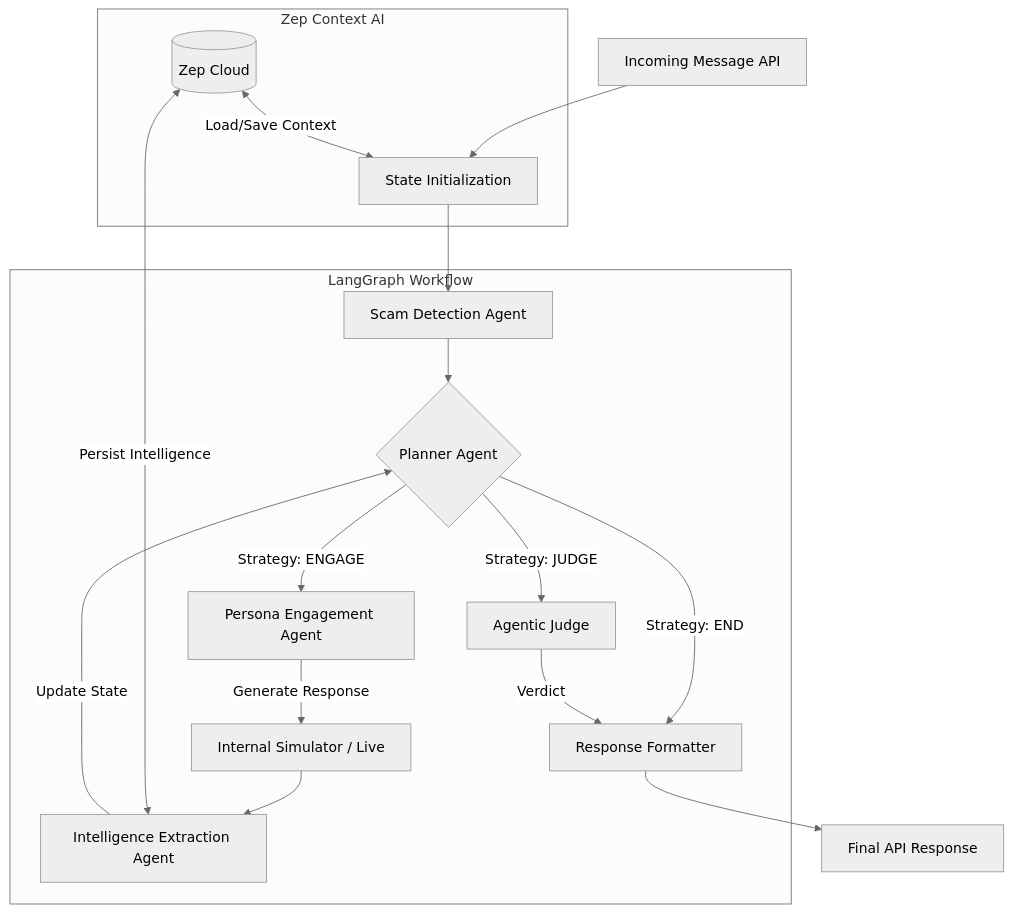
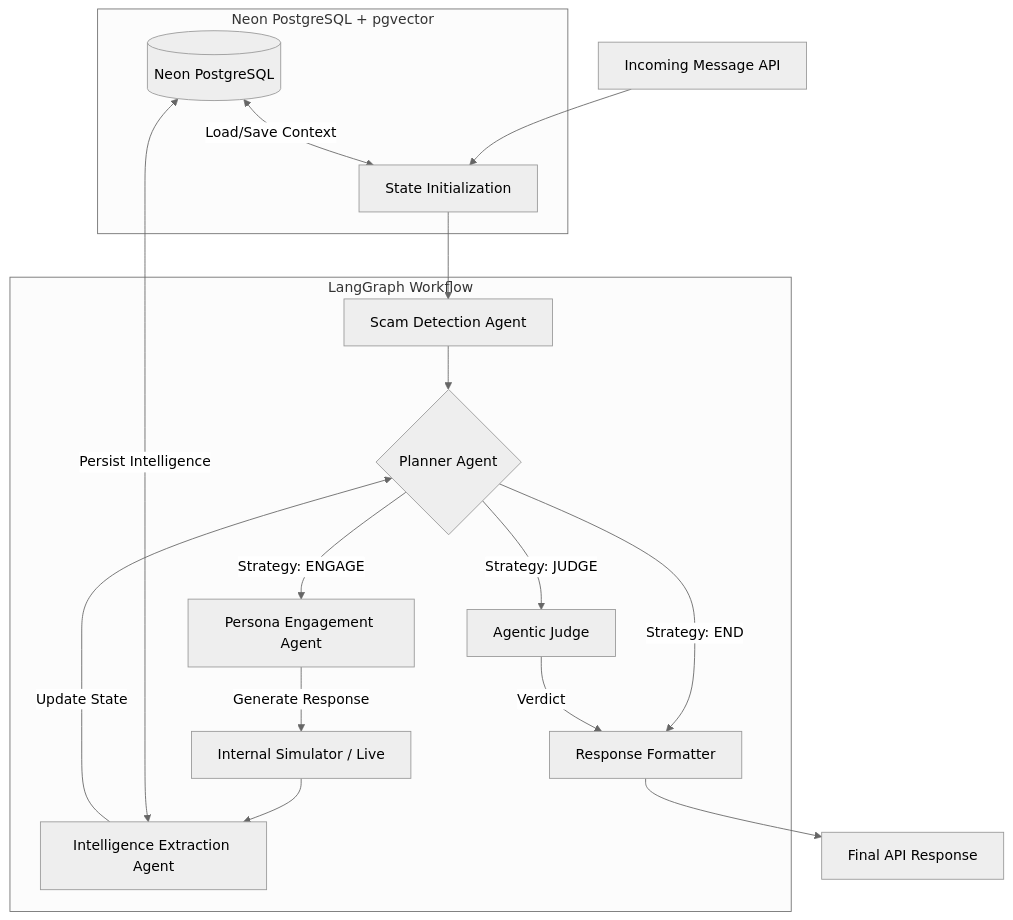
One commit to hypnoastic/agentic-honey-pot-zep changed the diagram in README.md. Above: the diagram before and after it, drawn with Mermaid (neutral theme). The commit also changed other lines of this file and 26 other files, not shown here.

````diff
--- a/README.md
+++ b/README.md
@@ -13,26 +13,26 @@
 ```mermaid
 graph TD
     UserRequest[Incoming Message API] --> StateInit[State Initialization]
     StateInit --> Detection[Scam Detection Agent]
 
     subgraph Agentic Orchestration [LangGraph Workflow]
         Detection --> Planner{Planner Agent}
 
         Planner -->|Strategy: ENGAGE| Persona[Persona Engagement Agent]
         Planner -->|Strategy: JUDGE| Judge[Agentic Judge]
         Planner -->|Strategy: END| Formatter[Response Formatter]
 
         Persona -->|Generate Response| Simulator[Internal Simulator / Live]
         Simulator --> Extractor[Intelligence Extraction Agent]
         Extractor -->|Update State| Planner
 
         Judge -->|Verdict| Formatter
     end
 
     Formatter --> Response[Final API Response]
 
-    subgraph Persistent Memory [Zep Context AI]
-        Zep[(Zep Cloud)] <-->|Load/Save Context| StateInit
-        Zep <-->|Persist Intelligence| Extractor
+    subgraph Persistent Memory [Neon PostgreSQL + pgvector]
+        Postgres[(Neon PostgreSQL)] <-->|Load/Save Context| StateInit
+        Postgres <-->|Persist Intelligence| Extractor
     end
 ```
````
